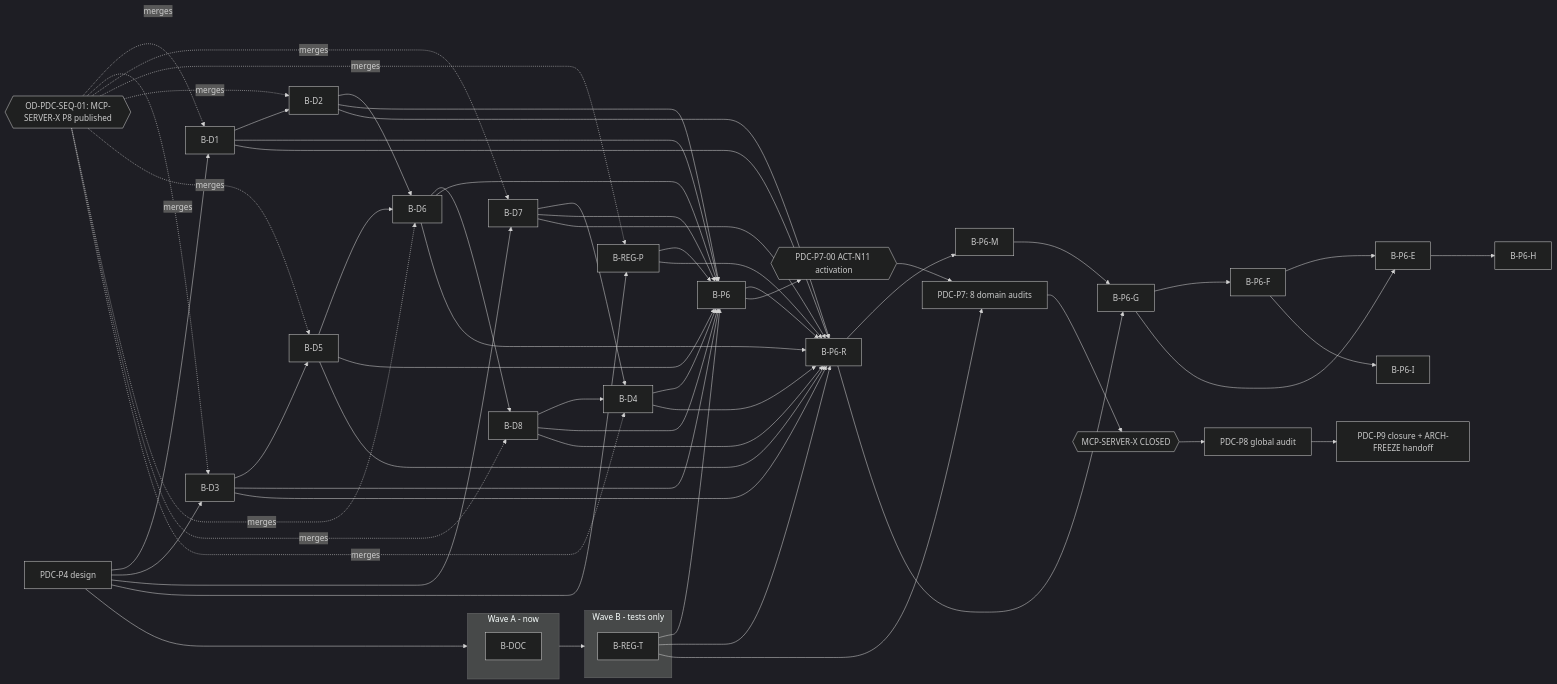
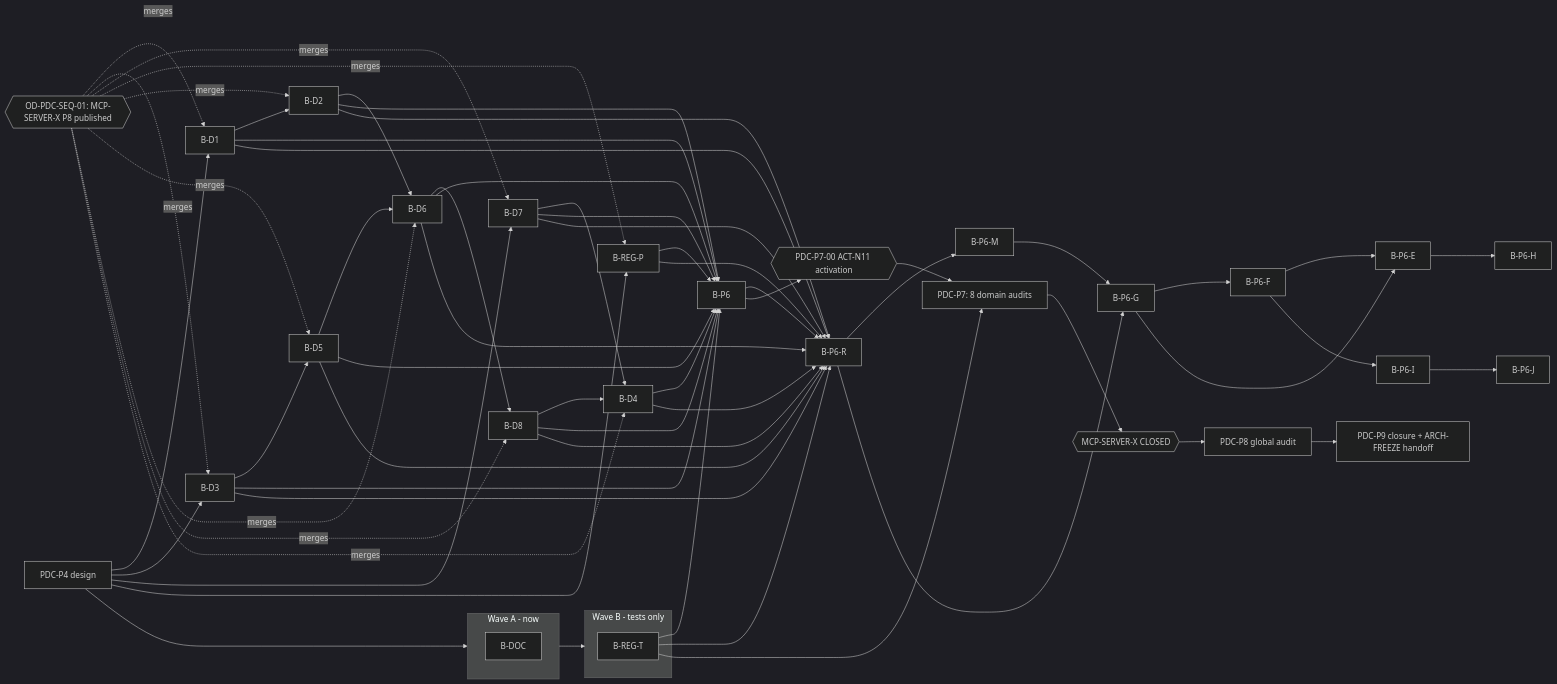
One commit to jakbuczarnecki/intergrax changed the diagram in docs/project/maintainers/qualification/platform_domain_completeness/PDC_DEPENDENCY_DAG.md. Above: the diagram before and after it, drawn with Mermaid (dark theme). The commit also changed other lines of this file and 4 other files, not shown here.

````diff
--- a/docs/project/maintainers/qualification/platform_domain_completeness/PDC_DEPENDENCY_DAG.md
+++ b/docs/project/maintainers/qualification/platform_domain_completeness/PDC_DEPENDENCY_DAG.md
@@ -5,53 +5,54 @@
 ```mermaid
 graph LR
   P4[PDC-P4 design] --> WA
   subgraph WA[Wave A - now]
     B-DOC
   end
   subgraph WB[Wave B - tests only]
     B-REG-T
   end
   WA --> WB
   GATE{{OD-PDC-SEQ-01: MCP-SERVER-X P8 published}}
   B-D1 --> B-D2
   B-D3 --> B-D5
   B-D2 --> B-D6
   B-D5 --> B-D6
   B-D6 --> B-D8
   B-D7 --> B-D4
   B-D8 --> B-D4
   B-D1 --> B-P6
   B-D2 --> B-P6
   B-D3 --> B-P6
   B-D4 --> B-P6
   B-D5 --> B-P6
   B-D6 --> B-P6
   B-D7 --> B-P6
   B-D8 --> B-P6
   B-REG-P --> B-P6
   B-REG-T --> B-P6
   B-D1 --> B-P6-R
   B-D2 --> B-P6-R
   B-D3 --> B-P6-R
   B-D4 --> B-P6-R
   B-D5 --> B-P6-R
   B-D6 --> B-P6-R
   B-D7 --> B-P6-R
   B-D8 --> B-P6-R
   B-REG-P --> B-P6-R
   B-REG-T --> B-P6-R
   B-P6 --> B-P6-R
   B-P6-R --> B-P6-M
   B-P6-R --> B-P6-G
   B-P6-M --> B-P6-G
   B-P6-G --> B-P6-F
   B-P6-G --> B-P6-E
   B-P6-F --> B-P6-E
   B-P6-E --> B-P6-H
   B-P6-F --> B-P6-I
+  B-P6-I --> B-P6-J
   P4 --> B-D1 & B-D3 & B-D7 & B-REG-P
   GATE -. merges .-> B-D1 & B-D3 & B-D7 & B-REG-P & B-D2 & B-D5 & B-D6 & B-D8 & B-D4
   B-P6 --> ACT{{PDC-P7-00 ACT-N11 activation}} --> P7[PDC-P7: 8 domain audits]
   B-REG-T --> P7
   P7 --> MCPC{{MCP-SERVER-X CLOSED}} --> P8[PDC-P8 global audit] --> P9[PDC-P9 closure + ARCH-FREEZE handoff]
 ```
````
